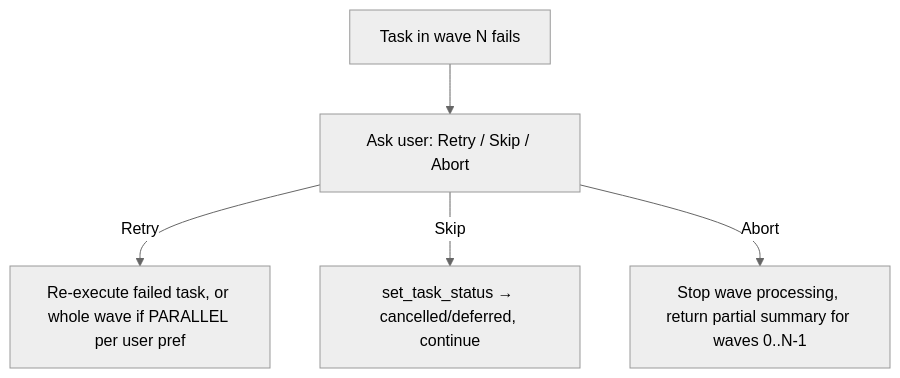
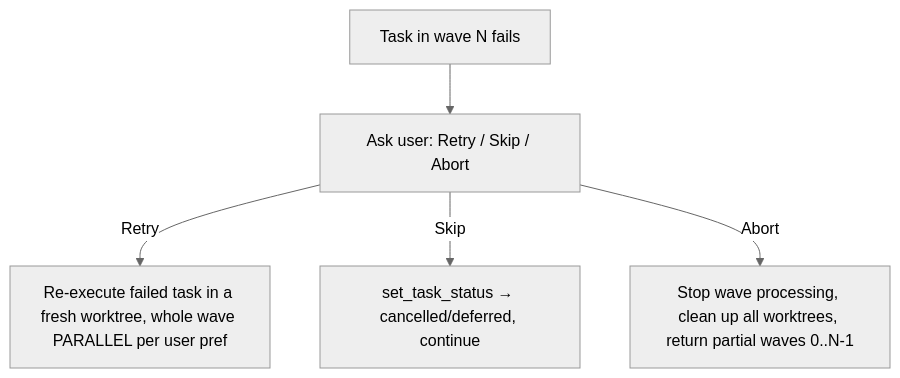
Before and after one commit to Ronnasayd/AI-pair-programming: the first of 2 diagrams in skills/tlc-execute-tasks/references/orchestrator-model.md, drawn with Mermaid (neutral theme). The commit also changed other lines of this file and 4 other files, not shown here.

First line of the commit message:
feat(tlc-execute-tasks): isolate task execution in worktrees with run-branch merge and post-merge verify

````diff
--- a/skills/tlc-execute-tasks/references/orchestrator-model.md
+++ b/skills/tlc-execute-tasks/references/orchestrator-model.md
@@ -18,7 +32,7 @@
 ```mermaid
 flowchart TD
     F[Task in wave N fails] --> Ask[Ask user: Retry / Skip / Abort]
-    Ask -->|Retry| R[Re-execute failed task, or whole wave if PARALLEL per user pref]
+    Ask -->|Retry| R[Re-execute failed task in a fresh worktree, whole wave PARALLEL per user pref]
     Ask -->|Skip| S["set_task_status → cancelled/deferred, continue"]
-    Ask -->|Abort| A[Stop wave processing, return partial summary for waves 0..N-1]
+    Ask -->|Abort| A[Stop wave processing, clean up all worktrees, return partial waves 0..N-1]
 ```
````
